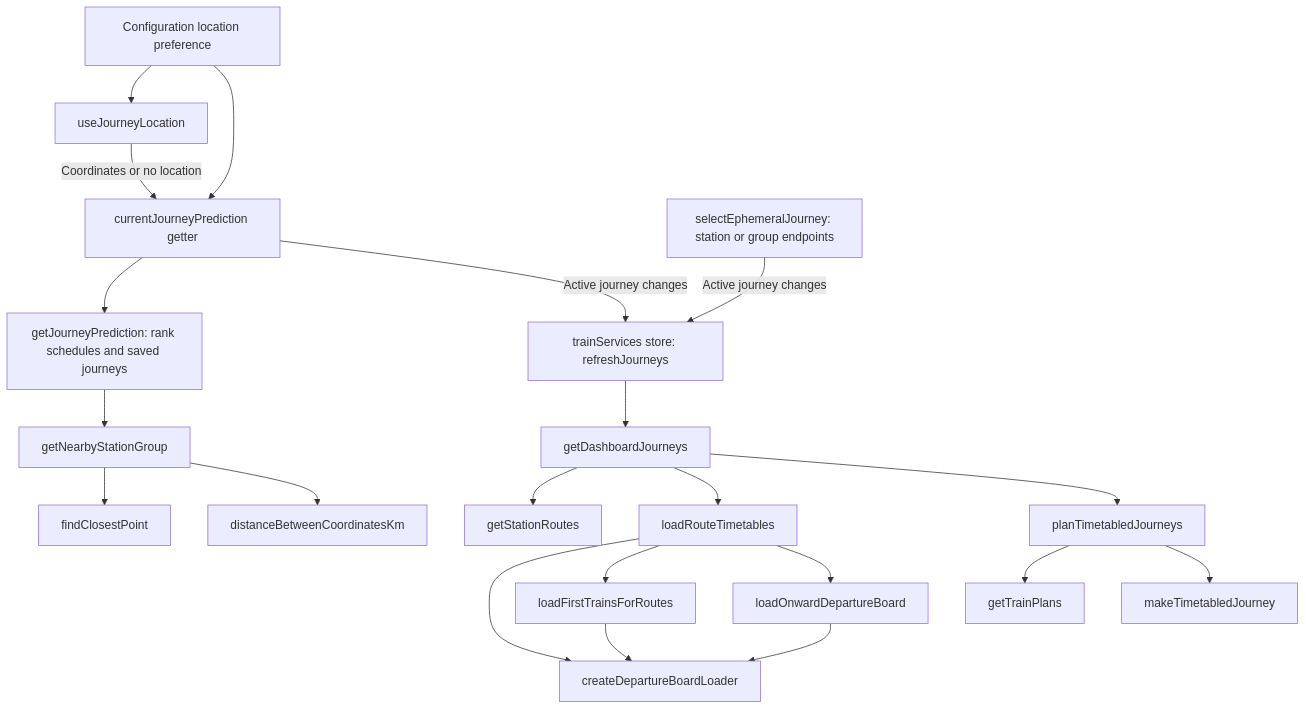
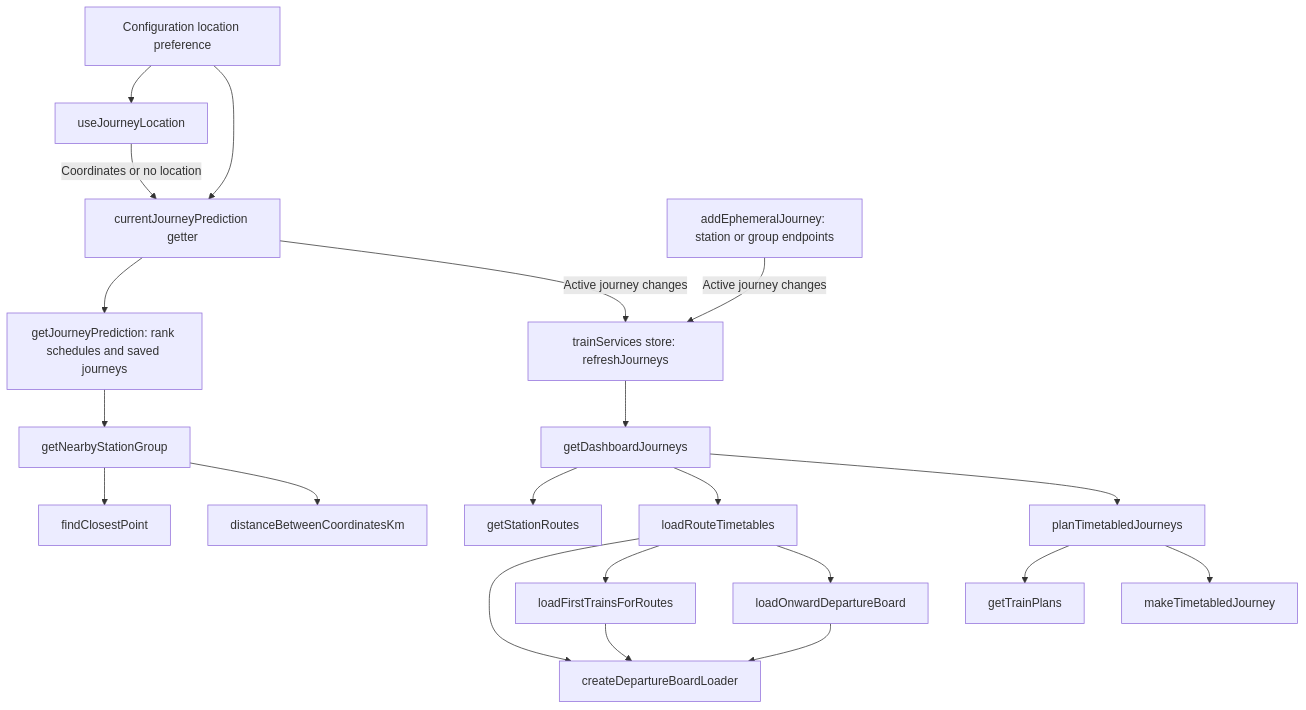
Before and after one commit to nd9600/trainDashboard: the second of 5 diagrams in docs/journey-planning.md, drawn with Mermaid. The commit also changed 6 other files, not shown here.

````diff
--- a/docs/journey-planning.md
+++ b/docs/journey-planning.md
@@ -45,37 +45,37 @@
 ```mermaid
 flowchart TD
     selection[currentJourneyPrediction getter]
     prediction[getJourneyPrediction: rank schedules and saved journeys]
     nearby[getNearbyStationGroup]
     refresh[trainServices store: refreshJourneys]
     dashboard[getDashboardJourneys]
     routes[getStationRoutes]
     load[loadRouteTimetables]
     requests[createDepartureBoardLoader]
     first[loadFirstTrainsForRoutes]
     onward[loadOnwardDepartureBoard]
     plan[planTimetabledJourneys]
     trainPlans[getTrainPlans]
     make[makeTimetabledJourney]
 
     config[Configuration location preference] --> location[useJourneyLocation]
     location -->|Coordinates or no location| selection
     config --> selection
     selection --> prediction
     prediction --> nearby
     nearby --> closest[findClosestPoint]
     nearby --> distance[distanceBetweenCoordinatesKm]
-    manual[selectEphemeralJourney: station or group endpoints] -->|Active journey changes| refresh
+    manual[addEphemeralJourney: station or group endpoints] -->|Active journey changes| refresh
     selection -->|Active journey changes| refresh
     refresh --> dashboard
     dashboard --> routes
     dashboard --> load
     load --> requests
     load --> first
     load --> onward
     first --> requests
     onward --> requests
     dashboard --> plan
     plan --> trainPlans
     plan --> make
 ```
````
